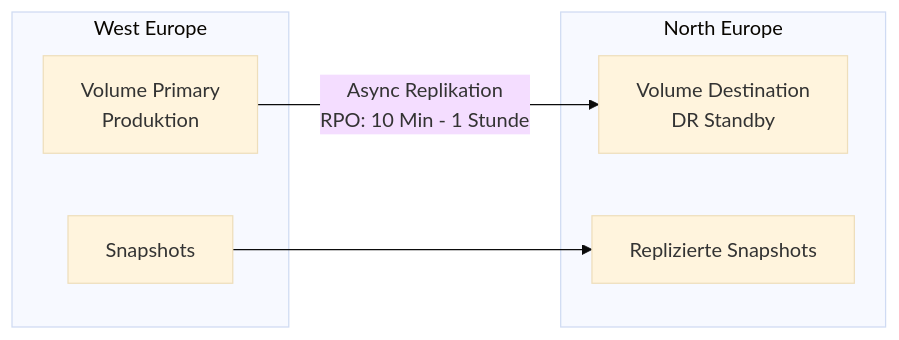
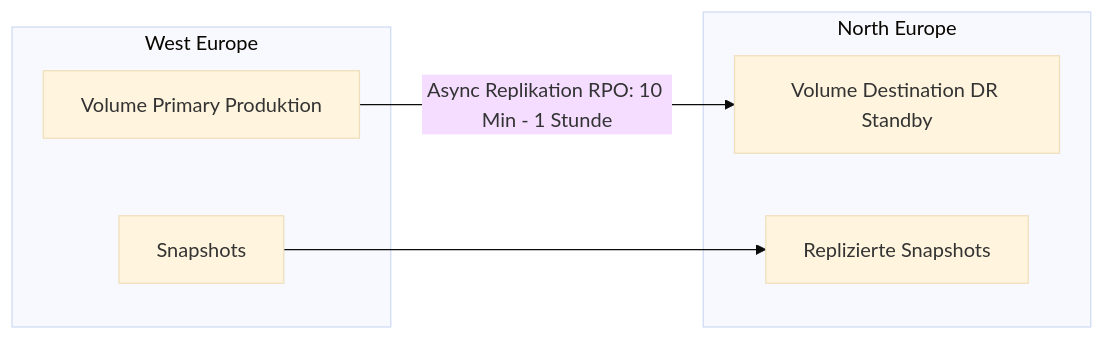
One commit to SoniiiT/notes-n-docs changed the second of 2 diagrams in Microsoft 365/Azure/Storage/Azure NetApp Files.md. Above: the diagram before and after it, drawn with Mermaid (base theme). The commit also changed other lines of this file and 124 other files, not shown here.

First line of the commit message:
fix: Entferne \n aus allen Mermaid-Diagrammen (125 Dateien)

````diff
--- a/Microsoft 365/Azure/Storage/Azure NetApp Files.md
+++ b/Microsoft 365/Azure/Storage/Azure NetApp Files.md
@@ -174,15 +174,15 @@
 ```mermaid
 graph LR
     subgraph PrimärRegion[West Europe]
-        VP[Volume Primary\nProduktion]
+        VP[Volume Primary Produktion]
         SP[Snapshots]
     end
 
     subgraph SekundärRegion[North Europe]
-        VD[Volume Destination\nDR Standby]
+        VD[Volume Destination DR Standby]
         SD[Replizierte Snapshots]
     end
 
-    VP -->|Async Replikation\nRPO: 10 Min - 1 Stunde| VD
+    VP -->|Async Replikation RPO: 10 Min - 1 Stunde| VD
     SP --> SD
 ```
````
